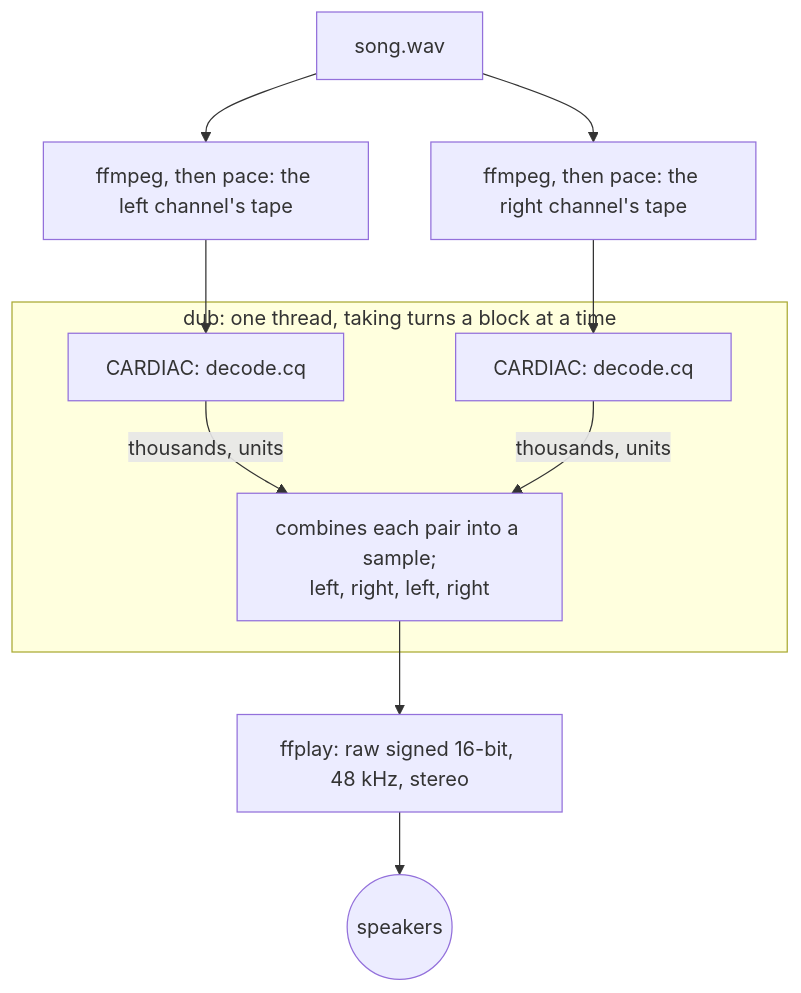
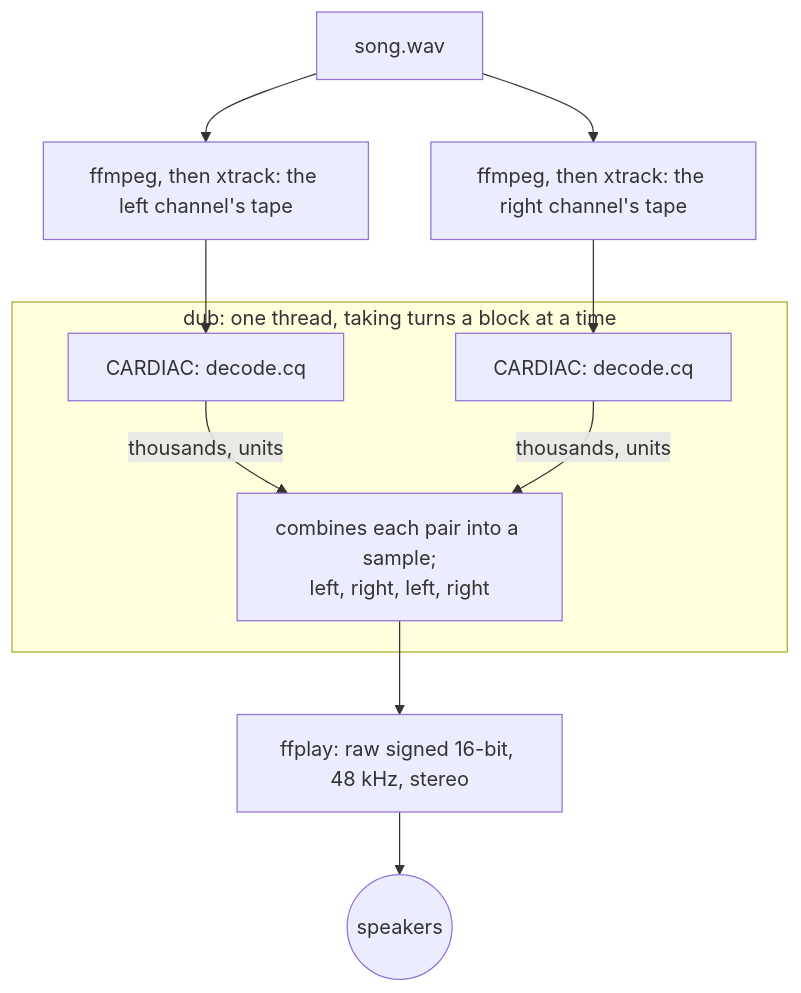
The fourth of 4 diagrams in docs/AUDIO.md (StrangeQuery/cardiaq), drawn with Mermaid before and after one commit. The commit also changed other lines of this file and 6 other files, not shown here.

First line of the commit message:
pace is xtrack

````diff
--- a/docs/AUDIO.md
+++ b/docs/AUDIO.md
@@ -575,15 +575,15 @@
 ```mermaid
 flowchart TD
-  A["song.wav"] --> PL["ffmpeg, then pace: the left channel's tape"]
-  A --> PR["ffmpeg, then pace: the right channel's tape"]
+  A["song.wav"] --> PL["ffmpeg, then xtrack: the left channel's tape"]
+  A --> PR["ffmpeg, then xtrack: the right channel's tape"]
   subgraph dub ["dub: one thread, taking turns a block at a time"]
     CL["CARDIAC: decode.cq"]
     CR["CARDIAC: decode.cq"]
     J["combines each pair into a sample;<br/>left, right, left, right"]
   end
   PL --> CL
   PR --> CR
   CL -- "thousands, units" --> J
   CR -- "thousands, units" --> J
   J --> FF["ffplay: raw signed 16-bit, 48 kHz, stereo"] --> SP(("speakers"))
 ```
````
